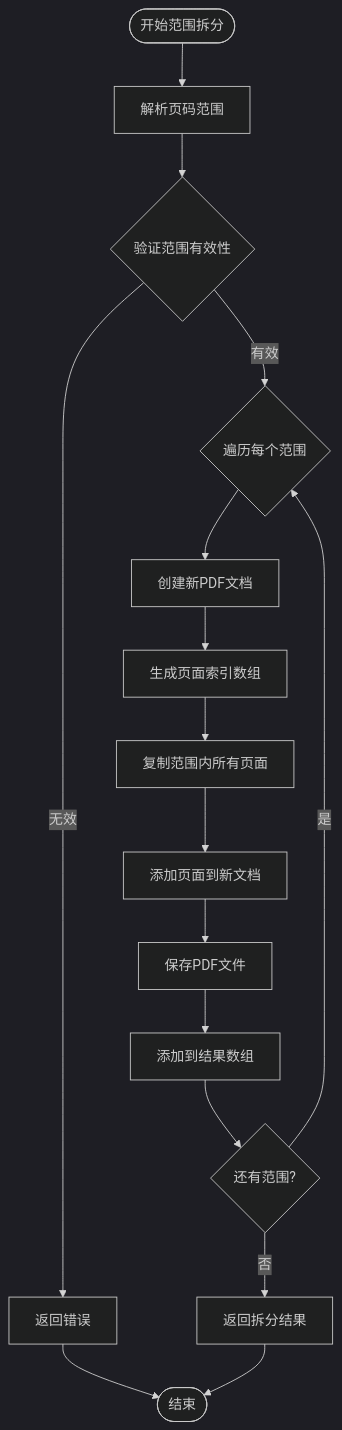
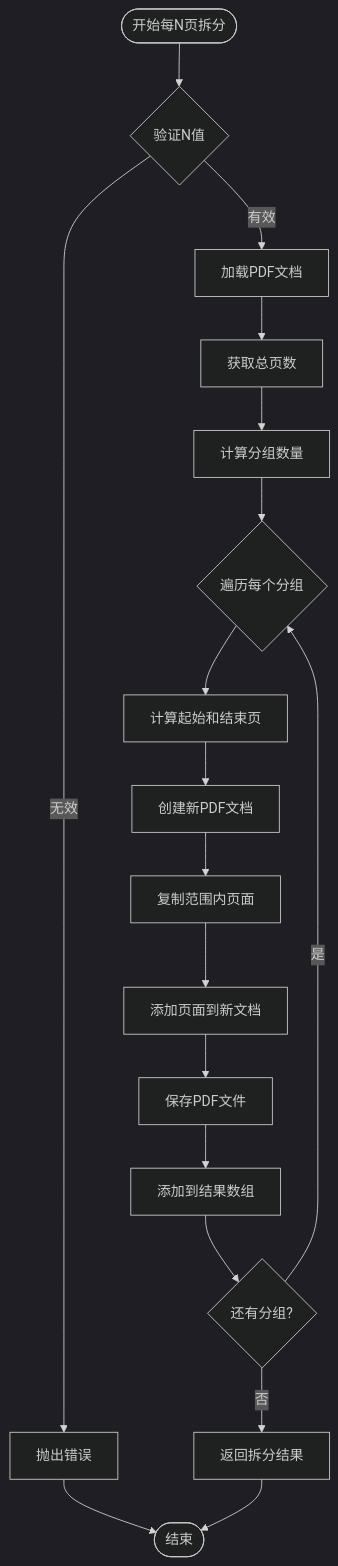
Before and after one commit to sgyy/privadeck: the fifth of 8 diagrams in .qoder/repowiki/zh/content/PDF工具/PDF拆分工具.md, drawn with Mermaid (dark theme). The commit also changed other lines of this file and 4 other files, not shown here.

````diff
--- a/.qoder/repowiki/zh/content/PDF工具/PDF拆分工具.md
+++ b/.qoder/repowiki/zh/content/PDF工具/PDF拆分工具.md
@@ -246,18 +328,20 @@
 ```mermaid
 flowchart TD
-Start([开始范围拆分]) --> ParseRanges[解析页码范围]
-ParseRanges --> ValidateRanges{验证范围有效性}
-ValidateRanges --> |无效| Error[返回错误]
-ValidateRanges --> |有效| LoopRanges{遍历每个范围}
-LoopRanges --> CreateNewPdf[创建新PDF文档]
-CreateNewPdf --> GenerateIndices[生成页面索引数组]
-GenerateIndices --> CopyPages[复制范围内所有页面]
+Start([开始每N页拆分]) --> ValidateN{验证N值}
+ValidateN --> |无效| Error[抛出错误]
+ValidateN --> |有效| LoadPdf[加载PDF文档]
+LoadPdf --> GetTotal[获取总页数]
+GetTotal --> CalcParts[计算分组数量]
+CalcParts --> LoopParts{遍历每个分组}
+LoopParts --> CalcRange[计算起始和结束页]
+CalcRange --> CreateNewPdf[创建新PDF文档]
+CreateNewPdf --> CopyPages[复制范围内页面]
 CopyPages --> AddPages[添加页面到新文档]
 AddPages --> SavePdf[保存PDF文件]
 SavePdf --> PushResult[添加到结果数组]
-PushResult --> NextRange{还有范围?}
-NextRange --> |是| LoopRanges
-NextRange --> |否| ReturnResults[返回拆分结果]
+PushResult --> NextPart{还有分组?}
+NextPart --> |是| LoopParts
+NextPart --> |否| ReturnResults[返回拆分结果]
 Error --> End([结束])
 ReturnResults --> End
 ```
````
